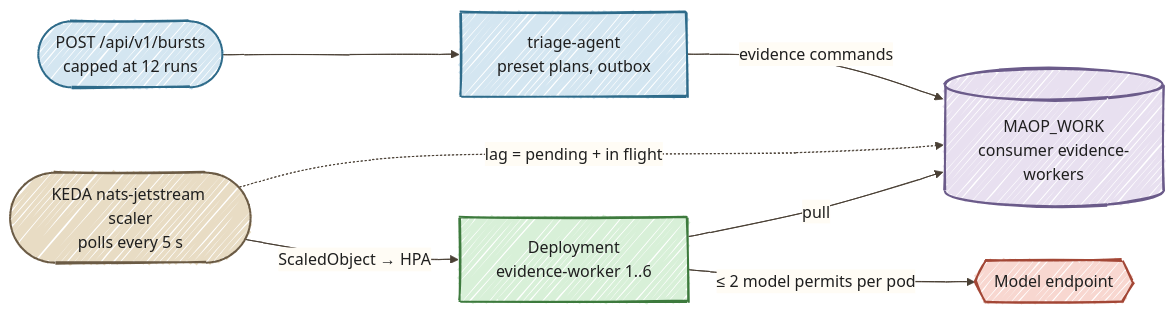
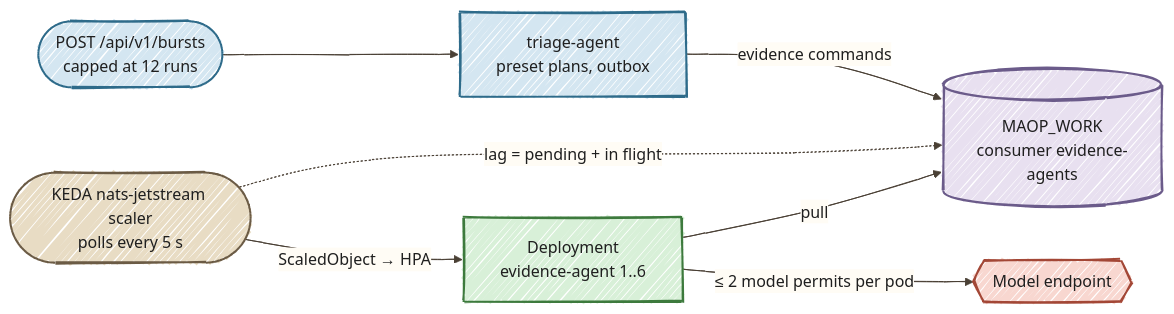
One commit to danieloh30/many-agents-one-platform changed the diagram in docs/tutorials/06-scaling-with-keda.md. Above: the diagram before and after it, drawn with Mermaid. The commit also changed other lines of this file and 81 other files, not shown here.

First line of the commit message:
Rename evidence-worker to evidence-agent

````diff
--- a/docs/tutorials/06-scaling-with-keda.md
+++ b/docs/tutorials/06-scaling-with-keda.md
@@ -17,17 +17,17 @@
 ```mermaid
 %%{init: {"look":"handDrawn","theme":"base","themeVariables":{"darkMode":false,"background":"#FFFCF5","primaryColor":"#D4E6F1","primaryBorderColor":"#2E6B8A","primaryTextColor":"#1F1F1F","secondaryColor":"#D8F0D8","secondaryTextColor":"#1F1F1F","tertiaryColor":"#E8DCC4","tertiaryTextColor":"#1F1F1F","textColor":"#1F1F1F","lineColor":"#4A4035","edgeLabelBackground":"#FFFCF5","clusterBkg":"#F5F5F0","clusterBorder":"#6B5B45","fontSize":"16px"},"flowchart":{"nodeSpacing":35,"rankSpacing":55,"padding":18,"curve":"basis"}}}%%
 flowchart LR
     BURST([POST /api/v1/bursts<br/>capped at 12 runs]) --> TRIAGE[triage-agent<br/>preset plans, outbox]
-    TRIAGE -->|evidence commands| QUEUE[(MAOP_WORK<br/>consumer evidence-workers)]
+    TRIAGE -->|evidence commands| QUEUE[(MAOP_WORK<br/>consumer evidence-agents)]
     KEDA([KEDA nats-jetstream scaler<br/>polls every 5 s]) -.->|lag = pending + in flight| QUEUE
-    KEDA -->|ScaledObject → HPA| DEPLOY[Deployment<br/>evidence-worker 1..6]
+    KEDA -->|ScaledObject → HPA| DEPLOY[Deployment<br/>evidence-agent 1..6]
     DEPLOY -->|pull| QUEUE
     DEPLOY -->|≤ 2 model permits per pod| MODEL{{Model endpoint}}
 
     style BURST fill:#D4E6F1,stroke:#2E6B8A,color:#1F1F1F,stroke-width:2px
     style TRIAGE fill:#D4E6F1,stroke:#2E6B8A,color:#1F1F1F,stroke-width:2px
     style QUEUE fill:#E8E0F0,stroke:#6B5B8A,color:#1F1F1F,stroke-width:2px
     style KEDA fill:#E8DCC4,stroke:#6B5B45,color:#1F1F1F,stroke-width:2px
     style DEPLOY fill:#D8F0D8,stroke:#3D7A3D,color:#1F1F1F,stroke-width:2px
     style MODEL fill:#F8D7D0,stroke:#A34736,color:#1F1F1F,stroke-width:2px
 ```
````
